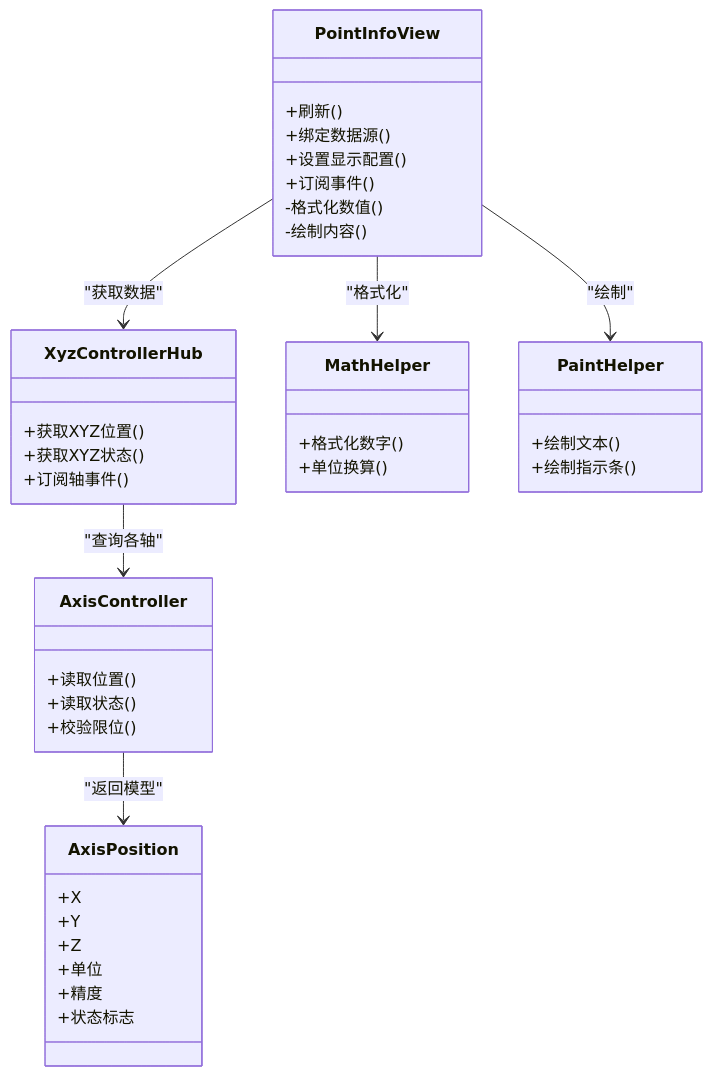
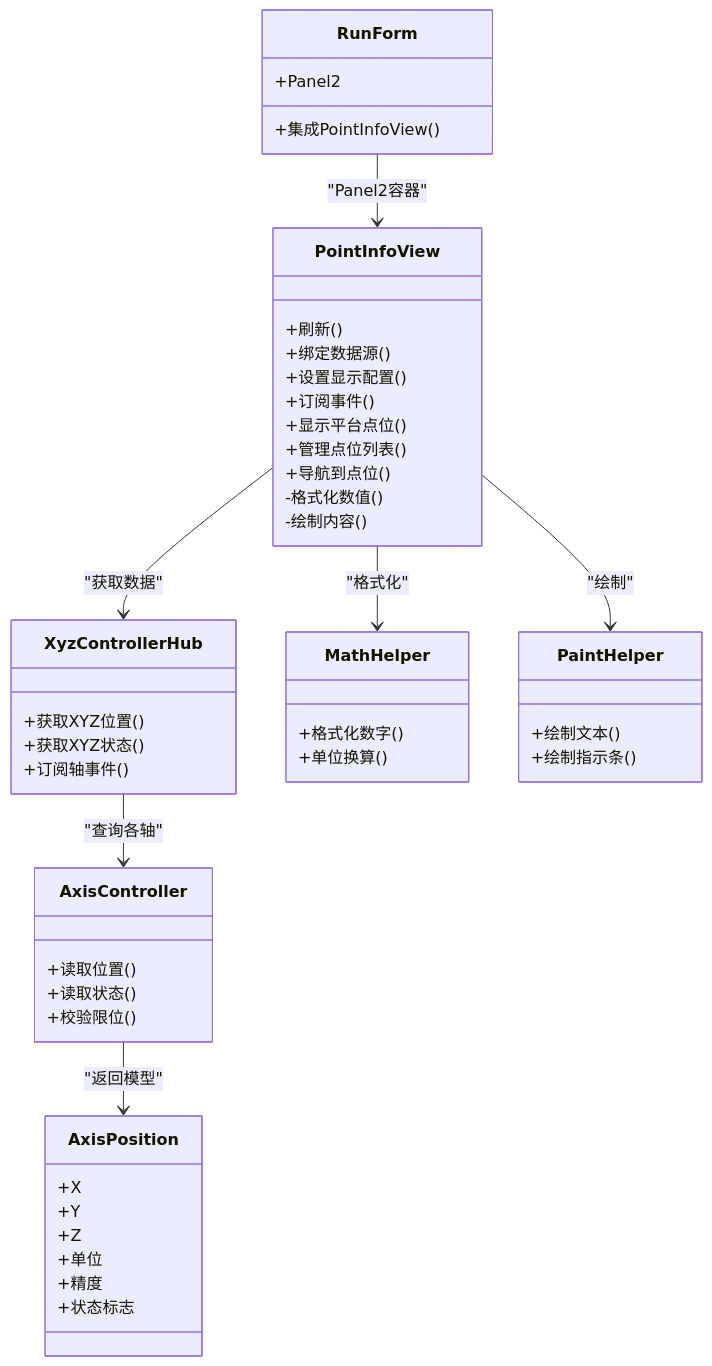
One commit to fuweiq94-cloud/339918076 changed the third of 6 diagrams in .qoder/repowiki/zh/content/UI控件库/点位信息显示控件.md. Above: the diagram before and after it, drawn with Mermaid. The commit also changed other lines of this file and 75 other files, not shown here.

````diff
--- a/.qoder/repowiki/zh/content/UI控件库/点位信息显示控件.md
+++ b/.qoder/repowiki/zh/content/UI控件库/点位信息显示控件.md
@@ -163,42 +175,50 @@
 ```mermaid
 classDiagram
 class PointInfoView {
 +刷新()
 +绑定数据源()
 +设置显示配置()
 +订阅事件()
++显示平台点位()
++管理点位列表()
++导航到点位()
 -格式化数值()
 -绘制内容()
 }
 class AxisController {
 +读取位置()
 +读取状态()
 +校验限位()
 }
 class XyzControllerHub {
 +获取XYZ位置()
 +获取XYZ状态()
 +订阅轴事件()
 }
 class AxisPosition {
 +X
 +Y
 +Z
 +单位
 +精度
 +状态标志
 }
 class MathHelper {
 +格式化数字()
 +单位换算()
 }
 class PaintHelper {
 +绘制文本()
 +绘制指示条()
 }
+class RunForm {
++Panel2
++集成PointInfoView()
+}
 PointInfoView --> XyzControllerHub : "获取数据"
 XyzControllerHub --> AxisController : "查询各轴"
 AxisController --> AxisPosition : "返回模型"
 PointInfoView --> MathHelper : "格式化"
 PointInfoView --> PaintHelper : "绘制"
+RunForm --> PointInfoView : "Panel2容器"
 ```
````
